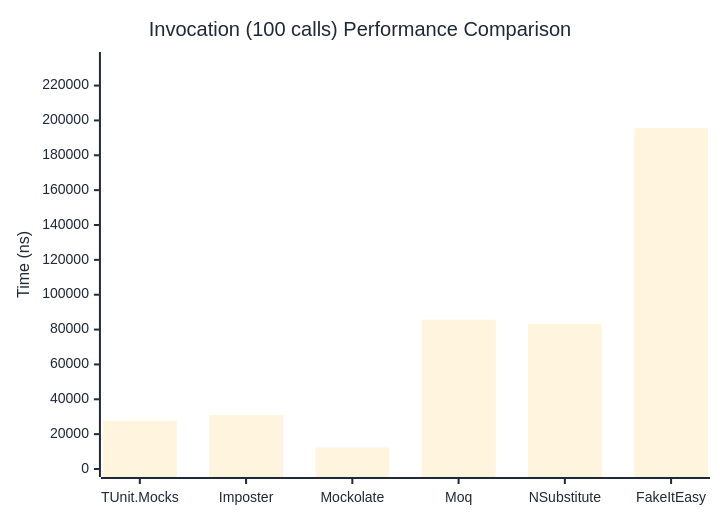
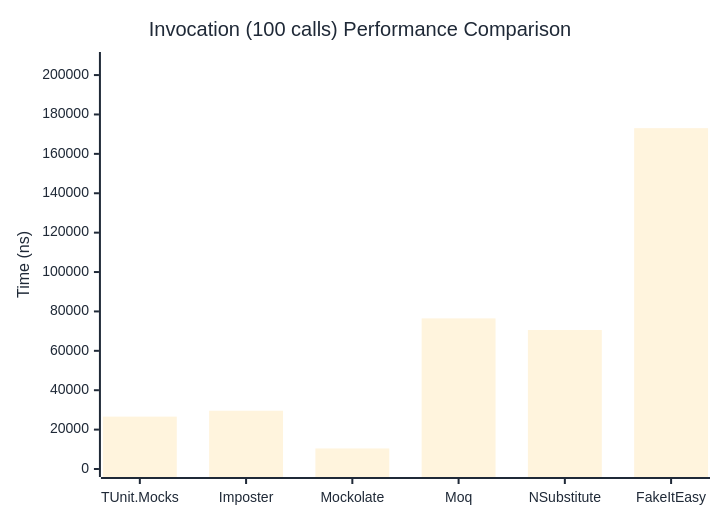
Before and after one commit to thomhurst/TUnit: the third of 3 diagrams in docs/docs/benchmarks/mocks/Invocation.md, drawn with Mermaid. The commit also changed other lines of this file and 14 other files, not shown here.

````diff
--- a/docs/docs/benchmarks/mocks/Invocation.md
+++ b/docs/docs/benchmarks/mocks/Invocation.md
@@ -112,27 +112,27 @@
 ```mermaid
 %%{init: {
   'theme':'base',
   'themeVariables': {
     'primaryColor': '#2563eb',
     'primaryTextColor': '#1f2937',
     'primaryBorderColor': '#1e40af',
     'lineColor': '#6b7280',
     'secondaryColor': '#7c3aed',
     'tertiaryColor': '#dc2626',
     'background': '#ffffff',
     'pie1': '#2563eb',
     'pie2': '#7c3aed',
     'pie3': '#dc2626',
     'pie4': '#f59e0b',
     'pie5': '#10b981',
     'pie6': '#06b6d4',
     'pie7': '#ec4899',
     'pie8': '#6366f1'
   }
 }}%%
 xychart-beta
   title "Invocation (100 calls) Performance Comparison"
   x-axis ["TUnit.Mocks", "Imposter", "Mockolate", "Moq", "NSubstitute", "FakeItEasy"]
-  y-axis "Time (ns)" 0 --> 234679
-  bar [27691.3, 30976.6, 12302.5, 85674.1, 83159.3, 195565.2]
+  y-axis "Time (ns)" 0 --> 207653
+  bar [26588.4, 29579.39, 10429.54, 76463.67, 70565.07, 173043.46]
 ```
````
